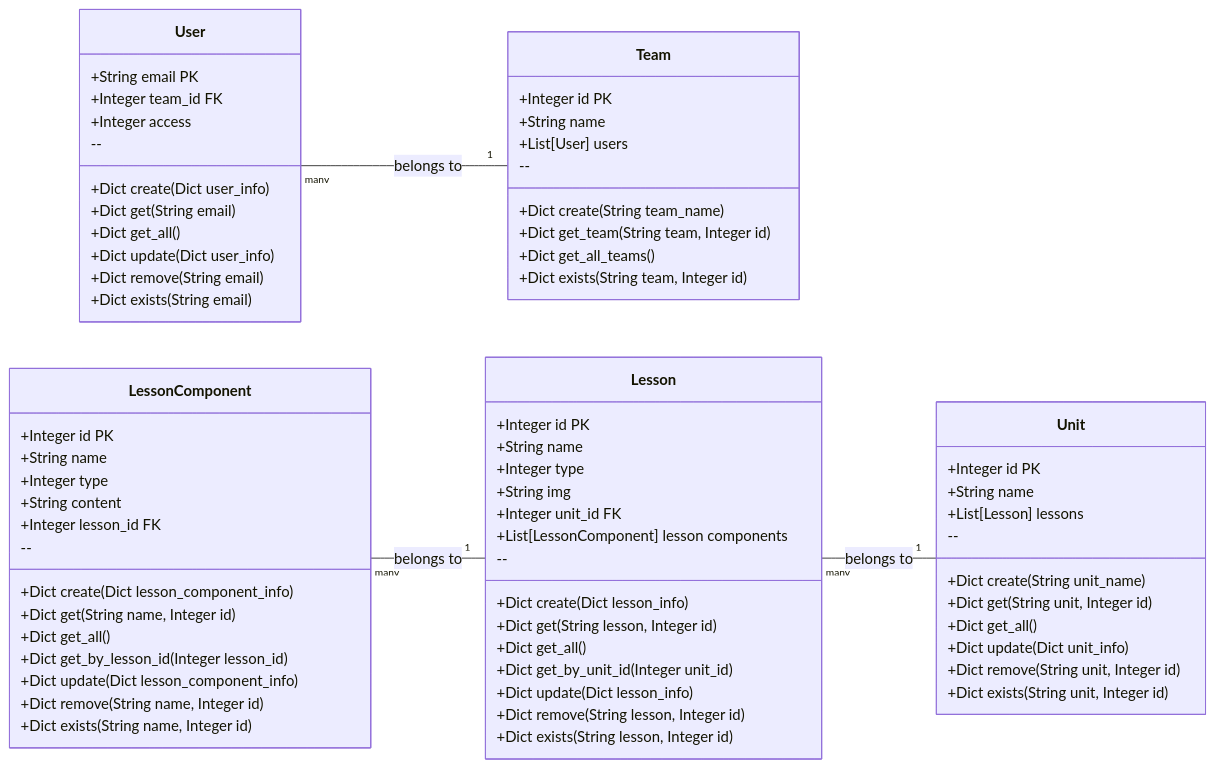
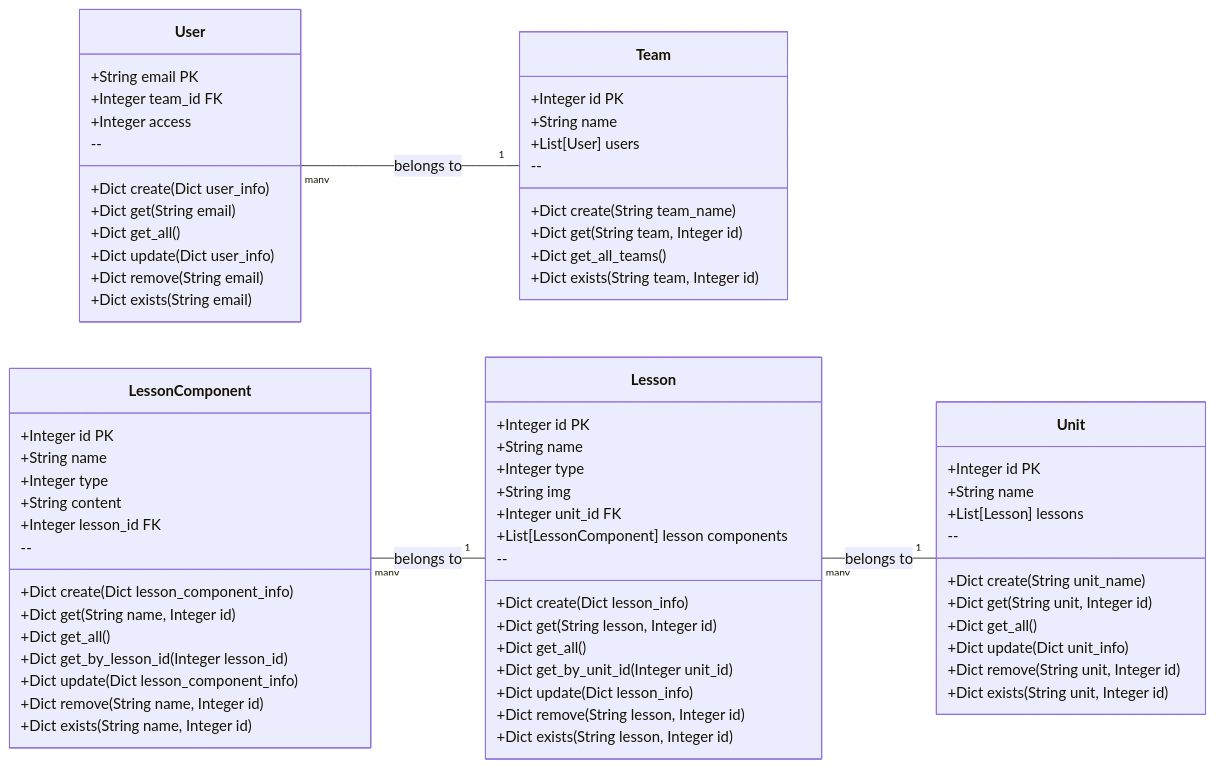
Before and after one commit to MICodeProjects/robosite: the third of 5 diagrams in README.md, drawn with Mermaid. The commit also changed other lines of this file and 12 other files, not shown here.

````diff
--- a/README.md
+++ b/README.md
@@ -215,78 +215,78 @@
 ```mermaid
 classDiagram    
 
 direction LR
     User "many" -- "1" Team : belongs to
     Lesson "many" -- "1" Unit : belongs to
     LessonComponent "many" -- "1" Lesson : belongs to
 
     class User {
         +String email PK
         +Integer team_id FK
         +Integer access
         --
         +Dict create(Dict user_info)
         +Dict get(String email)
         +Dict get_all()
         +Dict update(Dict user_info)
         +Dict remove(String email)
         +Dict exists(String email)
     }
 
     class Team {
         +Integer id PK
         +String name
         +List[User] users
         --
         +Dict create(String team_name)
-        +Dict get_team(String team, Integer id)
+        +Dict get(String team, Integer id)
         +Dict get_all_teams()
         +Dict exists(String team, Integer id)
     }
 
     class Unit {
         +Integer id PK
         +String name
         +List[Lesson] lessons
         --
         +Dict create(String unit_name)
         +Dict get(String unit, Integer id)
         +Dict get_all()
         +Dict update(Dict unit_info)
         +Dict remove(String unit, Integer id)
         +Dict exists(String unit, Integer id)
     }
 
     class Lesson {
         +Integer id PK
         +String name
         +Integer type
         +String img
         +Integer unit_id FK
         +List[LessonComponent] lesson components
         --
         +Dict create(Dict lesson_info)
         +Dict get(String lesson, Integer id)
         +Dict get_all()
         +Dict get_by_unit_id(Integer unit_id)
         +Dict update(Dict lesson_info)
         +Dict remove(String lesson, Integer id)
         +Dict exists(String lesson, Integer id)
     }
 
     class LessonComponent {
         +Integer id PK
         +String name
         +Integer type
         +String content
         +Integer lesson_id FK
         --
         +Dict create(Dict lesson_component_info)
         +Dict get(String name, Integer id)
         +Dict get_all()
         +Dict get_by_lesson_id(Integer lesson_id)
         +Dict update(Dict lesson_component_info)
         +Dict remove(String name, Integer id)
         +Dict exists(String name, Integer id)
     }
 ```
````
